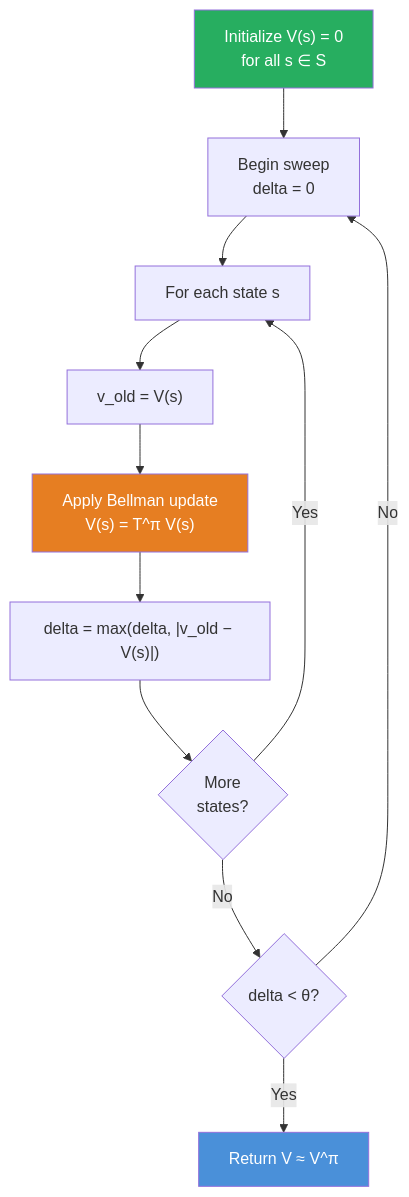
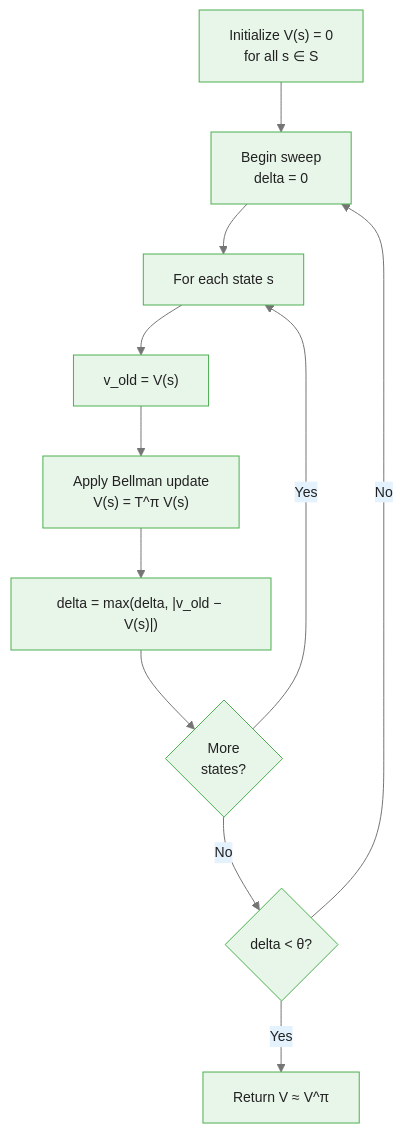
Before and after one commit to m-deane/course-creator: the first of 3 diagrams in courses/reinforcement-learning/modules/module_01_dynamic_programming/guides/01_policy_evaluation_slides.md, drawn with Mermaid. The commit also changed other lines of this file and 131 other files, not shown here.

````diff
--- a/courses/reinforcement-learning/modules/module_01_dynamic_programming/guides/01_policy_evaluation_slides.md
+++ b/courses/reinforcement-learning/modules/module_01_dynamic_programming/guides/01_policy_evaluation_slides.md
@@ -84,16 +104,14 @@
 ```mermaid
+%%{init: {"theme": "base", "themeVariables": {"primaryColor": "#e8f5e9", "primaryBorderColor": "#4caf50", "primaryTextColor": "#212121", "secondaryColor": "#e3f2fd", "tertiaryColor": "#fff8e1", "lineColor": "#757575", "fontFamily": "Inter, sans-serif", "fontSize": "14px"}}}%%
 flowchart TD
     Init["Initialize V(s) = 0\nfor all s ∈ S"] --> Sweep["Begin sweep\ndelta = 0"]
     Sweep --> ForS["For each state s"]
     ForS --> Store["v_old = V(s)"]
     Store --> BU["Apply Bellman update\nV(s) = T^π V(s)"]
     BU --> Upd["delta = max(delta, |v_old − V(s)|)"]
     Upd --> More{"More\nstates?"}
     More -->|"Yes"| ForS
     More -->|"No"| Conv{"delta < θ?"}
     Conv -->|"No"| Sweep
     Conv -->|"Yes"| Return["Return V ≈ V^π"]
-    style Init fill:#27ae60,color:#fff
-    style BU fill:#e67e22,color:#fff
-    style Return fill:#4a90d9,color:#fff
 ```
````
